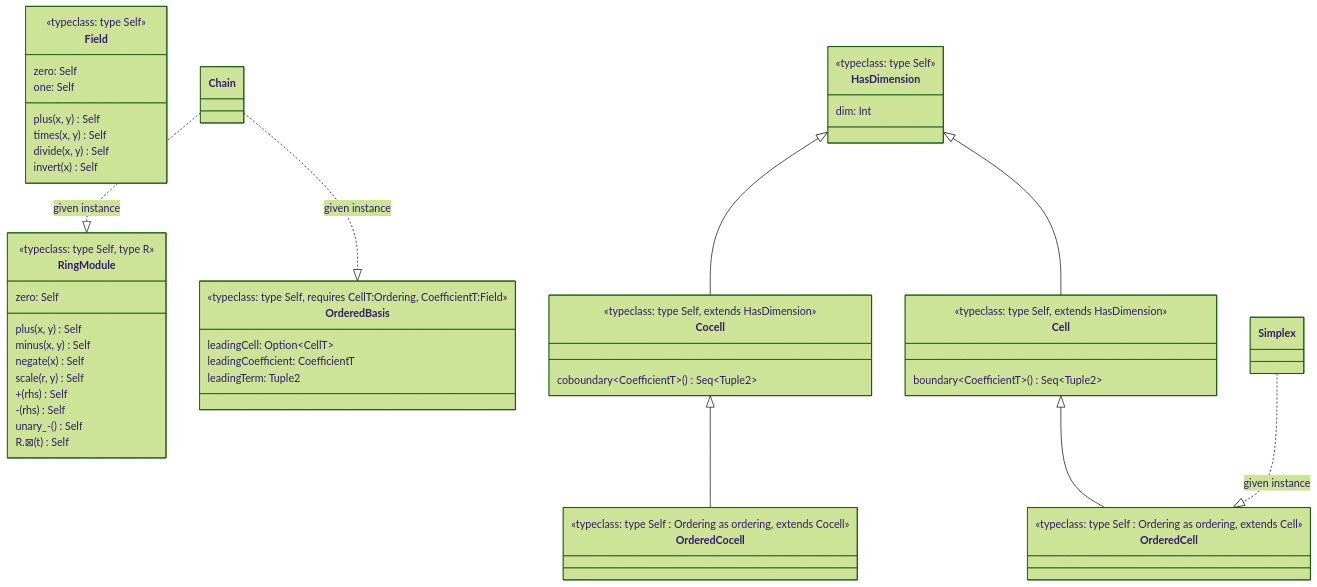
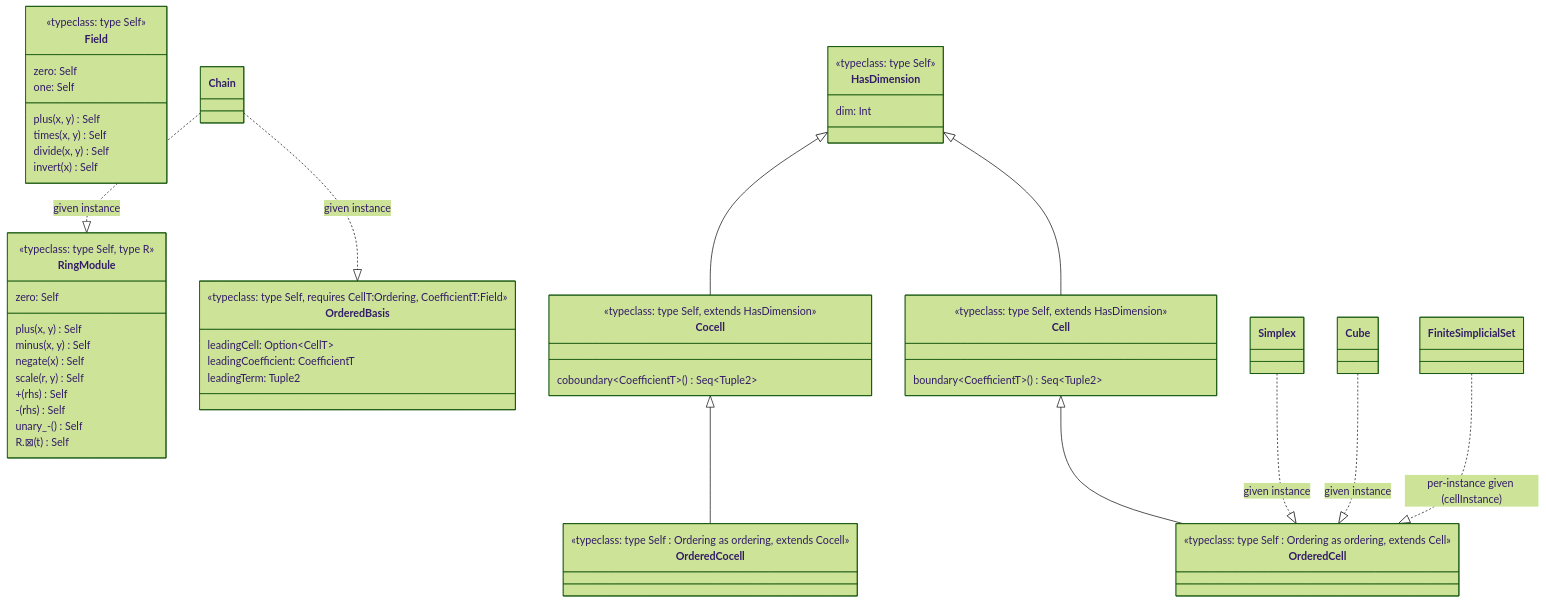
The first of 6 diagrams in src/main/paradox/developers-guide/class-diagrams.md (appliedtopology/tda4j), drawn with Mermaid (forest theme) before and after one commit. The commit also changed other lines of this file and 8 other files, not shown here.

````diff
--- a/src/main/paradox/developers-guide/class-diagrams.md
+++ b/src/main/paradox/developers-guide/class-diagrams.md
@@ -14,55 +11,57 @@
 ```mermaid
 classDiagram
     class RingModule {
         <<typeclass: type Self, type R>>
         zero: Self
         plus(x, y) Self
         minus(x, y) Self
         negate(x) Self
         scale(r, y) Self
         +(rhs) Self
         -(rhs) Self
         unary_-() Self
         R.⊠(t) Self
     }
     class Field {
         <<typeclass: type Self>>
         plus(x, y) Self
         times(x, y) Self
         divide(x, y) Self
         invert(x) Self
         zero: Self
         one: Self
     }
     class HasDimension {
         <<typeclass: type Self>>
         dim: Int
     }
     class Cell {
         <<typeclass: type Self, extends HasDimension>>
         boundary~CoefficientT~() Seq~Tuple2~
     }
     class Cocell {
         <<typeclass: type Self, extends HasDimension>>
         coboundary~CoefficientT~() Seq~Tuple2~
     }
     class OrderedCell {
         <<typeclass: type Self : Ordering as ordering, extends Cell>>
     }
     class OrderedCocell {
         <<typeclass: type Self : Ordering as ordering, extends Cocell>>
     }
     class OrderedBasis {
         <<typeclass: type Self, requires CellT:Ordering, CoefficientT:Field>>
         leadingCell: Option~CellT~
         leadingCoefficient: CoefficientT
         leadingTerm: Tuple2
     }
     HasDimension <|-- Cell
     HasDimension <|-- Cocell
     Cell <|-- OrderedCell
     Cocell <|-- OrderedCocell
     Simplex ..|> OrderedCell : given instance
+    Cube ..|> OrderedCell : given instance
+    FiniteSimplicialSet ..|> OrderedCell : per-instance given (cellInstance)
     Chain ..|> OrderedBasis : given instance
     Chain ..|> RingModule : given instance
 ```
````
